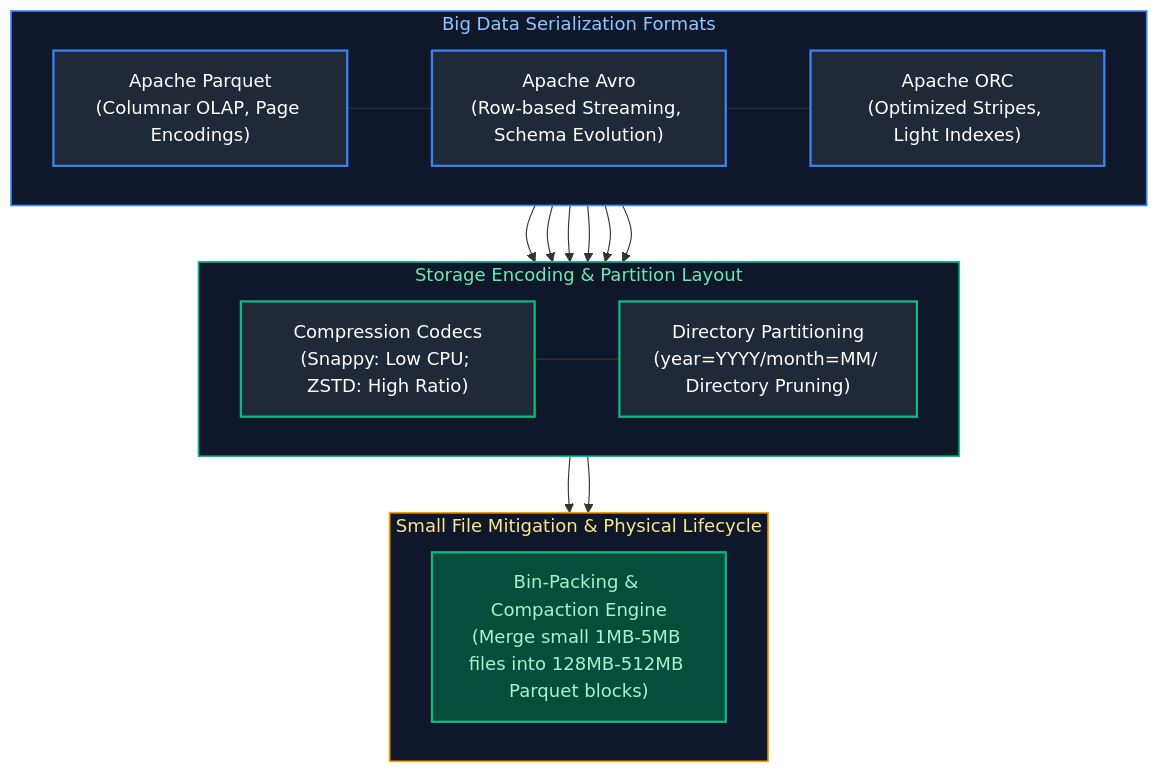
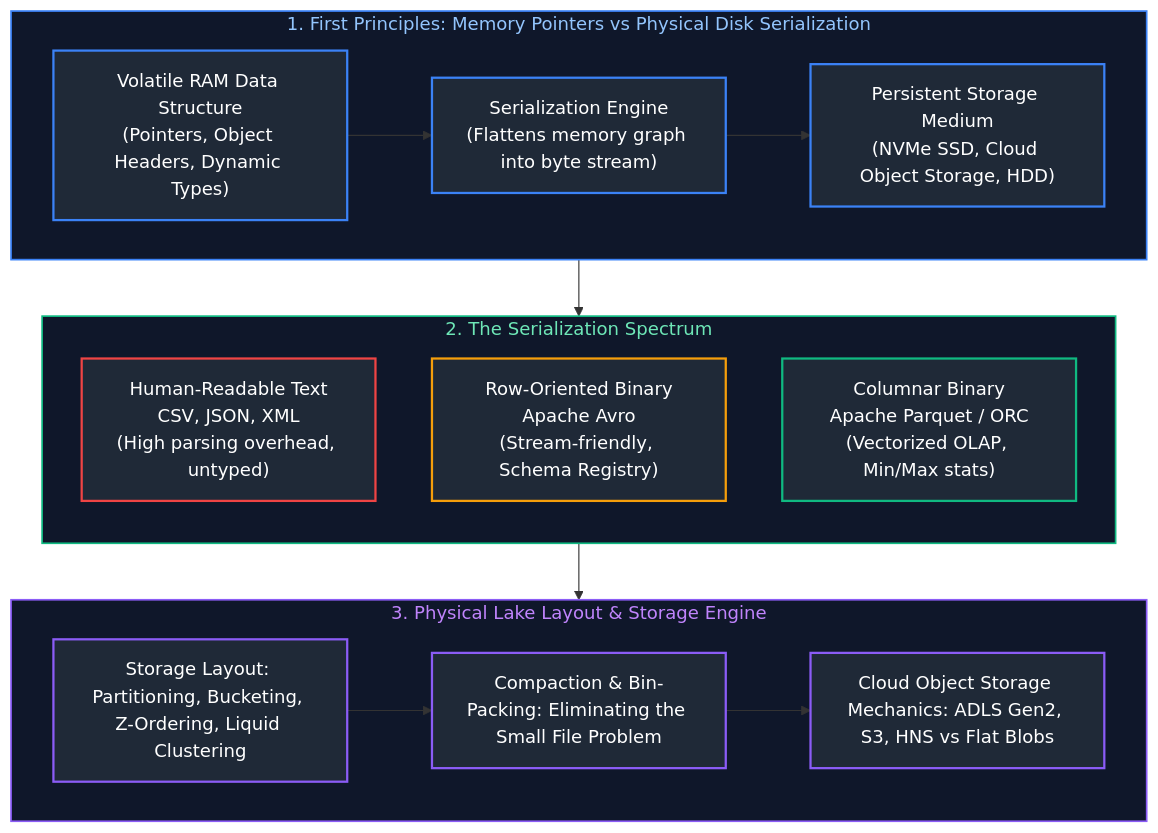
One commit to joydeep-biswas/Interview-Preparation changed the first of 11 diagrams in Data Engineering/07_file_formats_and_storage.md. Above: the diagram before and after it, drawn with Mermaid. The commit also changed other lines of this file and 143 other files, not shown here.

````diff
--- a/Data Engineering/07_file_formats_and_storage.md
+++ b/Data Engineering/07_file_formats_and_storage.md
@@ -9,30 +11,40 @@
 ```mermaid
 flowchart TD
-    subgraph FileFormats ["Big Data Serialization Formats"]
+    subgraph Layer1 ["1. First Principles: Memory Pointers vs Physical Disk Serialization"]
         direction LR
-        Parquet["Apache Parquet<br/>(Columnar OLAP, Page Encodings)"] --- Avro["Apache Avro<br/>(Row-based Streaming, Schema Evolution)"] --- ORC["Apache ORC<br/>(Optimized Stripes, Light Indexes)"]
+        RAM["Volatile RAM Data Structure<br/>(Pointers, Object Headers, Dynamic Types)"]
+        Ser["Serialization Engine<br/>(Flattens memory graph into byte stream)"]
+        Disk["Persistent Storage Medium<br/>(NVMe SSD, Cloud Object Storage, HDD)"]
+        RAM --> Ser --> Disk
     end
 
-    subgraph CompressionAndLayout ["Storage Encoding & Partition Layout"]
-        direction LR
-        Codecs["Compression Codecs<br/>(Snappy: Low CPU; ZSTD: High Ratio)"] --- HivePartition["Directory Partitioning<br/>(year=YYYY/month=MM/ Directory Pruning)"]
+    subgraph Layer2 ["2. The Serialization Spectrum"]
+        direction TD
+        Text["Human-Readable Text<br/>CSV, JSON, XML<br/>(High parsing overhead, untyped)"]
+        RowBin["Row-Oriented Binary<br/>Apache Avro<br/>(Stream-friendly, Schema Registry)"]
+        ColBin["Columnar Binary<br/>Apache Parquet / ORC<br/>(Vectorized OLAP, Min/Max stats)"]
     end
 
-    subgraph CompactionMgmt ["Small File Mitigation & Physical Lifecycle"]
+    subgraph Layer3 ["3. Physical Lake Layout & Storage Engine"]
         direction LR
-        BinPacking["Bin-Packing & Compaction Engine<br/>(Merge small 1MB-5MB files into 128MB-512MB Parquet blocks)"]
+        Layout["Storage Layout: Partitioning, Bucketing, Z-Ordering, Liquid Clustering"]
+        Compaction["Compaction & Bin-Packing: Eliminating the Small File Problem"]
+        CloudStorage["Cloud Object Storage Mechanics: ADLS Gen2, S3, HNS vs Flat Blobs"]
+        Layout --> Compaction --> CloudStorage
     end
 
-    Parquet & Avro & ORC --> Codecs & HivePartition
-    Codecs & HivePartition --> BinPacking
+    Layer1 --> Layer2 --> Layer3
 
-    style FileFormats fill:#0f172a,stroke:#3b82f6,stroke-width:1.5px,color:#93c5fd
-    style CompressionAndLayout fill:#0f172a,stroke:#10b981,stroke-width:1.5px,color:#6ee7b7
-    style CompactionMgmt fill:#0f172a,stroke:#f59e0b,stroke-width:1.5px,color:#fde68a
-    style Parquet fill:#1f2937,stroke:#3b82f6,stroke-width:2px,color:#fff
-    style Avro fill:#1f2937,stroke:#3b82f6,stroke-width:2px,color:#fff
-    style ORC fill:#1f2937,stroke:#3b82f6,stroke-width:2px,color:#fff
-    style Codecs fill:#1f2937,stroke:#10b981,stroke-width:2px,color:#fff
-    style HivePartition fill:#1f2937,stroke:#10b981,stroke-width:2px,color:#fff
-    style BinPacking fill:#064e3b,stroke:#10b981,stroke-width:2px,color:#a7f3d0
+    style Layer1 fill:#0f172a,stroke:#3b82f6,stroke-width:1.5px,color:#93c5fd
+    style Layer2 fill:#0f172a,stroke:#10b981,stroke-width:1.5px,color:#6ee7b7
+    style Layer3 fill:#0f172a,stroke:#8b5cf6,stroke-width:1.5px,color:#c084fc
+    style RAM fill:#1f2937,stroke:#3b82f6,stroke-width:2px,color:#fff
+    style Ser fill:#1f2937,stroke:#3b82f6,stroke-width:2px,color:#fff
+    style Disk fill:#1f2937,stroke:#3b82f6,stroke-width:2px,color:#fff
+    style Text fill:#1f2937,stroke:#ef4444,stroke-width:2px,color:#fff
+    style RowBin fill:#1f2937,stroke:#f59e0b,stroke-width:2px,color:#fff
+    style ColBin fill:#1f2937,stroke:#10b981,stroke-width:2px,color:#fff
+    style Layout fill:#1f2937,stroke:#8b5cf6,stroke-width:2px,color:#fff
+    style Compaction fill:#1f2937,stroke:#8b5cf6,stroke-width:2px,color:#fff
+    style CloudStorage fill:#1f2937,stroke:#8b5cf6,stroke-width:2px,color:#fff
 ```
````
